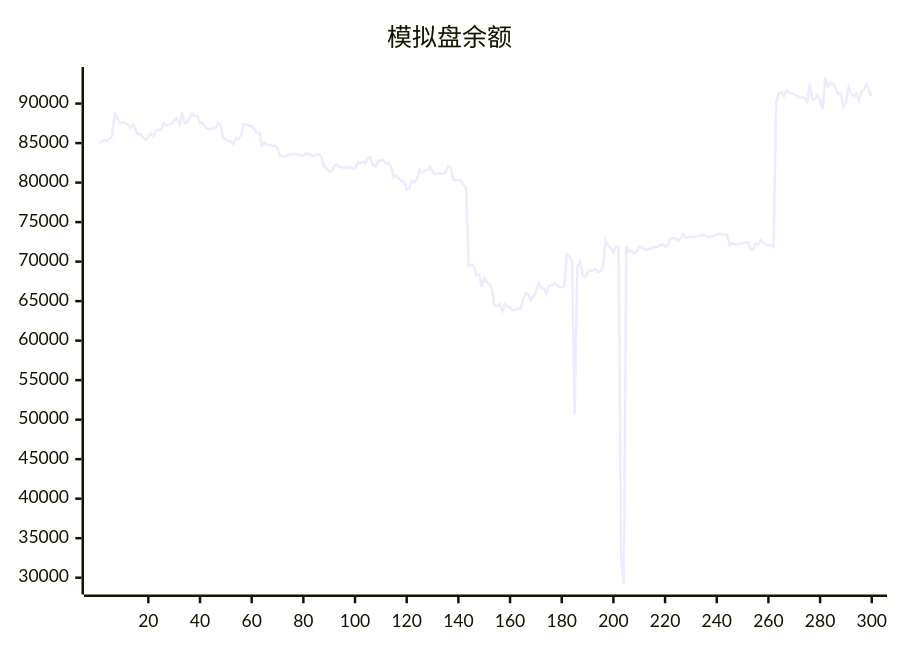
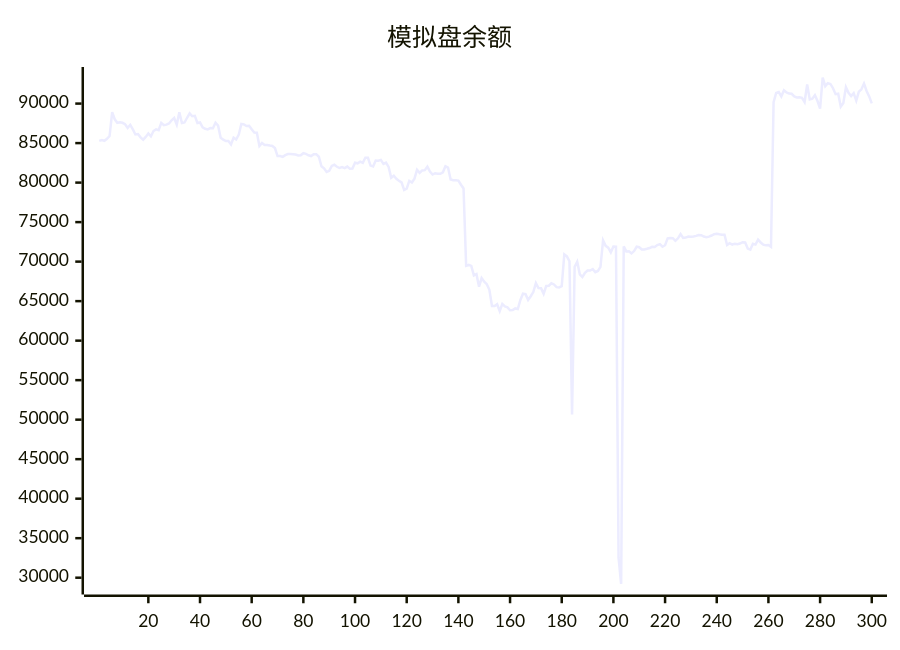
Before and after one commit to aahl/ai-trading: the diagram in README.md, drawn with Mermaid. The commit also changed other lines of this file and 1 other file, not shown here.

````diff
--- a/README.md
+++ b/README.md
@@ -5,5 +5,5 @@
 ```mermaid
 xychart
     title "模拟盘余额"
-    line [85019,85284,85393,85294,85538,85894,88904,88012,87567,87625,87568,87386,86920,87313,86737,86094,86143,85725,85437,85787,86219,85859,86526,86740,86630,87563,87264,87335,87483,87886,88180,87335,88894,87544,87608,88207,88755,88401,88444,87543,87608,87000,86810,86740,86894,86884,87576,87209,85686,85435,85251,85255,84820,85689,85453,86066,87420,87373,87161,87178,86740,86341,86315,84643,85012,84772,84768,84690,84635,84376,83360,83357,83259,83474,83608,83606,83602,83548,83440,83454,83724,83644,83464,83365,83590,83592,83275,82072,81806,81344,81492,82109,82254,82006,81848,81955,81829,82022,81769,81776,82522,82441,82656,82498,83144,83144,82150,82038,82797,82763,82872,82367,82536,81981,80612,80862,80484,80242,80034,79063,79245,80226,80016,80507,81625,81233,81544,81578,82016,81401,81019,81186,81130,81118,81306,82066,81909,80392,80304,80291,80258,79729,79261,69466,69579,69456,68251,68415,66832,67911,67462,67144,66432,64380,64375,64606,63740,64647,64324,64216,63842,63877,64078,64008,65156,65945,65888,65157,65625,66144,67284,66653,66639,65924,66925,66956,67263,67108,66766,66729,66886,70927,70673,70049,50652,69334,69973,68400,68061,68578,68876,68879,69055,68662,68822,69329,72687,71999,71760,71162,71911,71896,32500,29218,71927,71297,71305,71044,71337,71883,71822,71536,71536,71622,71723,71880,71860,72100,72216,71887,72077,72940,72976,72966,72638,72948,73497,73004,73041,73173,73160,73186,73258,73375,73351,73173,73098,73161,73305,73474,73536,73457,73413,73412,72100,72333,72164,72272,72204,72285,72461,72421,71652,71521,72267,72157,72774,72424,72144,72060,72091,71858,90185,91338,91466,90900,91678,91404,91268,91244,90903,90779,90787,90721,90187,92429,90518,90619,91070,90328,89376,93286,92202,92581,92485,91947,91196,91259,89619,90086,92063,91355,90950,91327,90373,91498,91800,92531,91603,90910]
+    line [85284,85393,85294,85538,85894,88904,88012,87567,87625,87568,87386,86920,87313,86737,86094,86143,85725,85437,85787,86219,85859,86526,86740,86630,87563,87264,87335,87483,87886,88180,87335,88894,87544,87608,88207,88755,88401,88444,87543,87608,87000,86810,86740,86894,86884,87576,87209,85686,85435,85251,85255,84820,85689,85453,86066,87420,87373,87161,87178,86740,86341,86315,84643,85012,84772,84768,84690,84635,84376,83360,83357,83259,83474,83608,83606,83602,83548,83440,83454,83724,83644,83464,83365,83590,83592,83275,82072,81806,81344,81492,82109,82254,82006,81848,81955,81829,82022,81769,81776,82522,82441,82656,82498,83144,83144,82150,82038,82797,82763,82872,82367,82536,81981,80612,80862,80484,80242,80034,79063,79245,80226,80016,80507,81625,81233,81544,81578,82016,81401,81019,81186,81130,81118,81306,82066,81909,80392,80304,80291,80258,79729,79261,69466,69579,69456,68251,68415,66832,67911,67462,67144,66432,64380,64375,64606,63740,64647,64324,64216,63842,63877,64078,64008,65156,65945,65888,65157,65625,66144,67284,66653,66639,65924,66925,66956,67263,67108,66766,66729,66886,70927,70673,70049,50652,69334,69973,68400,68061,68578,68876,68879,69055,68662,68822,69329,72687,71999,71760,71162,71911,71896,32500,29218,71927,71297,71305,71044,71337,71883,71822,71536,71536,71622,71723,71880,71860,72100,72216,71887,72077,72940,72976,72966,72638,72948,73497,73004,73041,73173,73160,73186,73258,73375,73351,73173,73098,73161,73305,73474,73536,73457,73413,73412,72100,72333,72164,72272,72204,72285,72461,72421,71652,71521,72267,72157,72774,72424,72144,72060,72091,71858,90185,91338,91466,90900,91678,91404,91268,91244,90903,90779,90787,90721,90187,92429,90518,90619,91070,90328,89376,93286,92202,92581,92485,91947,91196,91259,89619,90086,92063,91355,90950,91327,90373,91498,91800,92531,91603,90910,90031]
 ```
````
